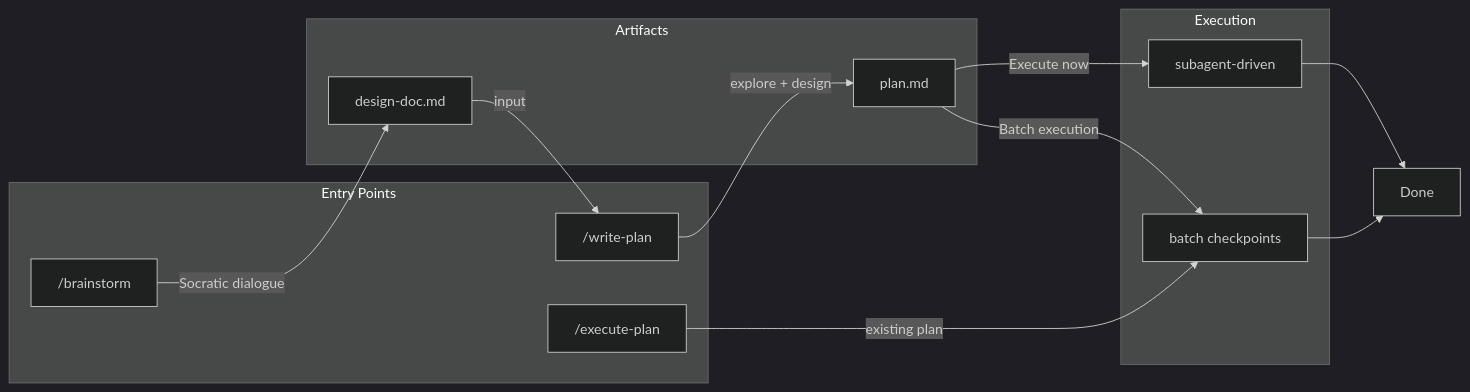
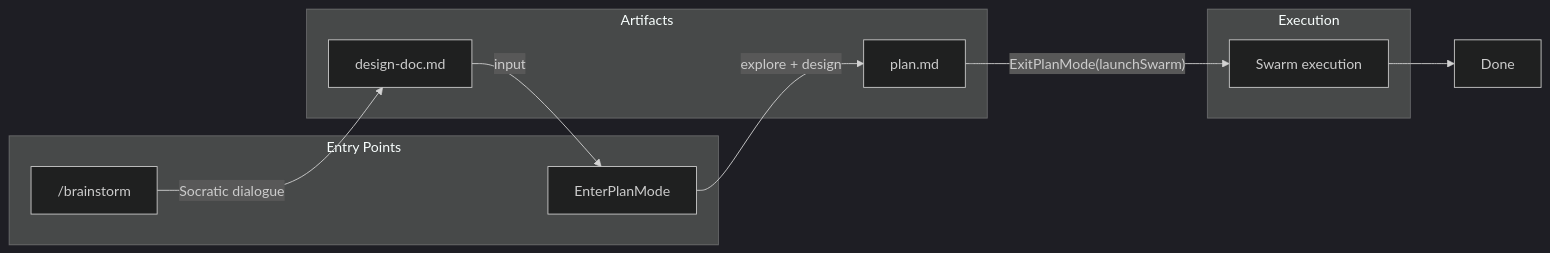
The diagram in README.md (pproenca/dev-workflow), drawn with Mermaid (dark theme) before and after one commit. The commit also changed other lines of this file and 18 other files, not shown here.

````diff
--- a/README.md
+++ b/README.md
@@ -5,29 +5,22 @@
 ```mermaid
 flowchart LR
     subgraph entry["Entry Points"]
         B["/brainstorm"]
-        W["/write-plan"]
-        E["/execute-plan"]
+        P["EnterPlanMode"]
     end
 
     subgraph artifacts["Artifacts"]
         DD["design-doc.md"]
         PF["plan.md"]
     end
 
     subgraph execution["Execution"]
-        SUB["subagent-driven"]
-        BATCH["batch checkpoints"]
+        SWARM["Swarm execution"]
     end
 
     B -->|"Socratic dialogue"| DD
-    DD -->|"input"| W
-    W -->|"explore + design"| PF
-
-    PF -->|"Execute now"| SUB
-    PF -->|"Batch execution"| BATCH
-    E -->|"existing plan"| BATCH
-
-    SUB --> DONE["Done"]
-    BATCH --> DONE
+    DD -->|"input"| P
+    P -->|"explore + design"| PF
+    PF -->|"ExitPlanMode(launchSwarm)"| SWARM
+    SWARM --> DONE["Done"]
 ```
````
